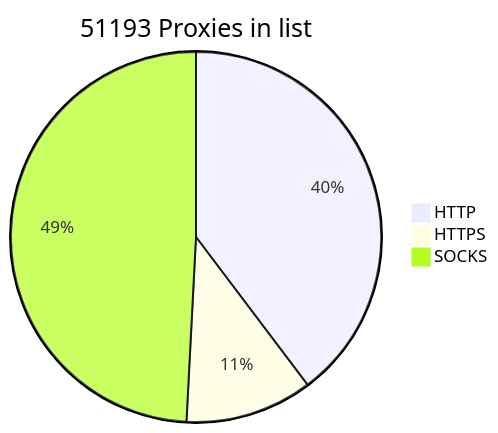
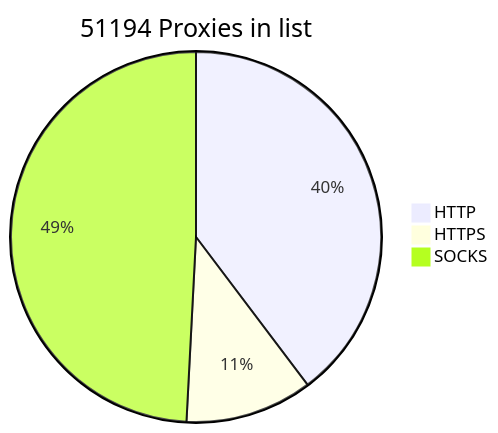
The diagram in README.md (BlackSnowDot/proxylist-update-every-minute), drawn with Mermaid before and after one commit.

````diff
--- a/README.md
+++ b/README.md
@@ -2,6 +2,6 @@
 ```mermaid
-pie title 51193 Proxies in list
+pie title 51194 Proxies in list
     "HTTP" : 22559
     "HTTPS": 6313
-    "SOCKS" : 27939
+    "SOCKS" : 27940
 ```
````
